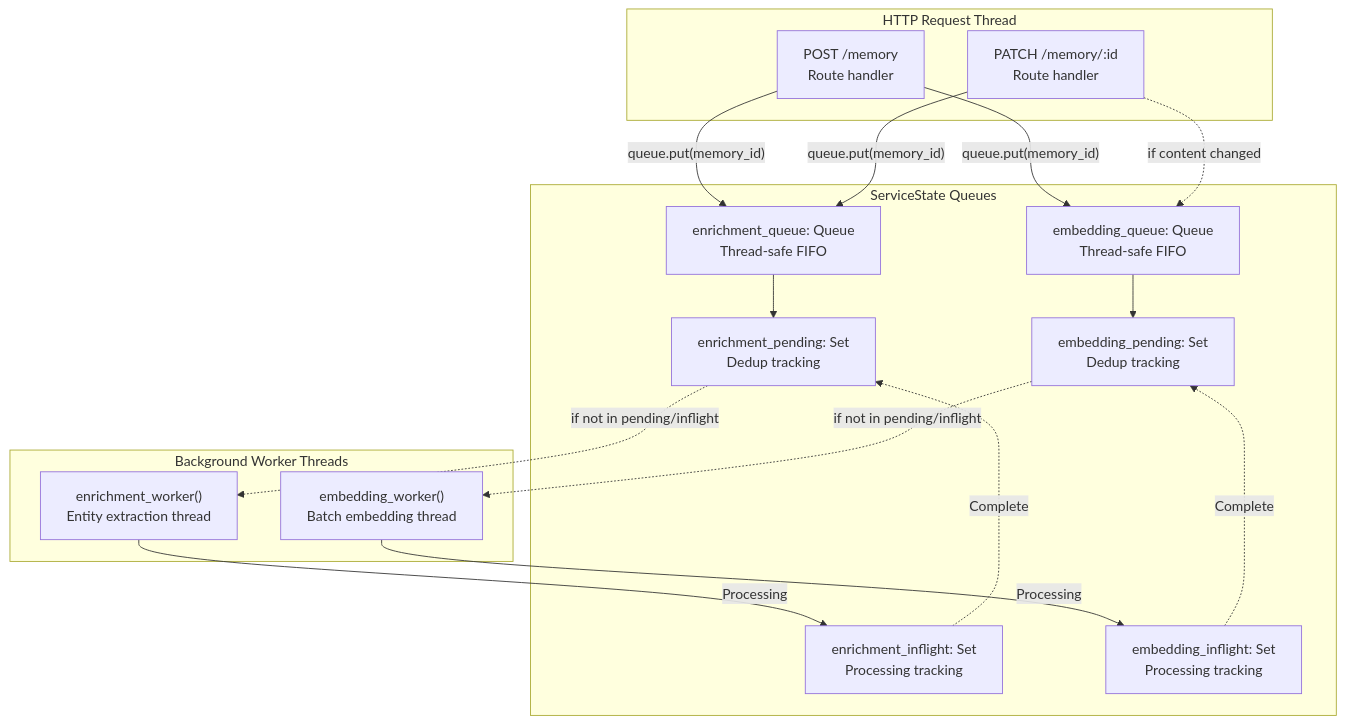
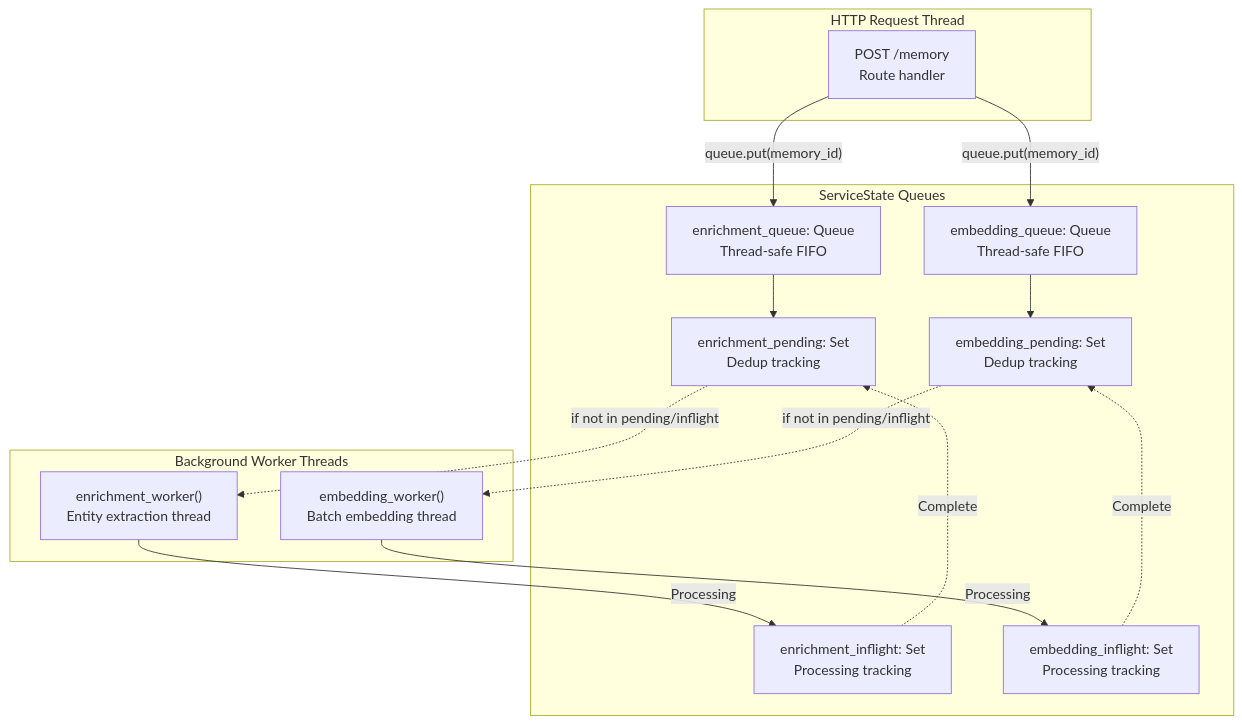
Before and after one commit to verygoodplugins/automem-website: the second of 2 diagrams in src/content/docs/docs/architecture/background-processing.md, drawn with Mermaid. The commit also changed other lines of this file and 10 other files, not shown here.

````diff
--- a/src/content/docs/docs/architecture/background-processing.md
+++ b/src/content/docs/docs/architecture/background-processing.md
@@ -100,40 +97,37 @@
 ```mermaid
 graph TB
     subgraph "HTTP Request Thread"
         PostMemory["POST /memory<br/>Route handler"]
-        PatchMemory["PATCH /memory/:id<br/>Route handler"]
     end
 
     subgraph "ServiceState Queues"
         EnrichQ["enrichment_queue: Queue<br/>Thread-safe FIFO"]
         EmbedQ["embedding_queue: Queue<br/>Thread-safe FIFO"]
 
         EnrichPending["enrichment_pending: Set<br/>Dedup tracking"]
         EnrichInflight["enrichment_inflight: Set<br/>Processing tracking"]
 
         EmbedPending["embedding_pending: Set<br/>Dedup tracking"]
         EmbedInflight["embedding_inflight: Set<br/>Processing tracking"]
     end
 
     subgraph "Background Worker Threads"
         EnrichWorker["enrichment_worker()<br/>Entity extraction thread"]
         EmbedWorker["embedding_worker()<br/>Batch embedding thread"]
     end
 
     PostMemory -->|"queue.put(memory_id)"| EnrichQ
     PostMemory -->|"queue.put(memory_id)"| EmbedQ
-    PatchMemory -->|"queue.put(memory_id)"| EnrichQ
-    PatchMemory -.->|"if content changed"| EmbedQ
 
     EnrichQ --> EnrichPending
     EmbedQ --> EmbedPending
 
     EnrichPending -.->|"if not in pending/inflight"| EnrichWorker
     EmbedPending -.->|"if not in pending/inflight"| EmbedWorker
 
     EnrichWorker -->|"Processing"| EnrichInflight
     EmbedWorker -->|"Processing"| EmbedInflight
 
     EnrichInflight -.->|"Complete"| EnrichPending
     EmbedInflight -.->|"Complete"| EmbedPending
 ```
````
